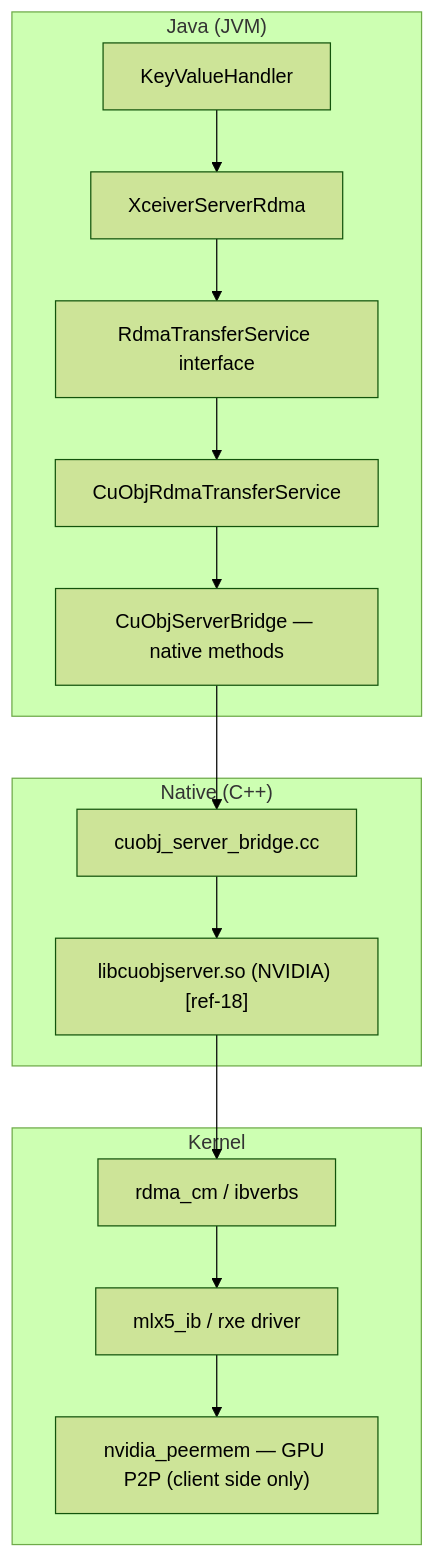
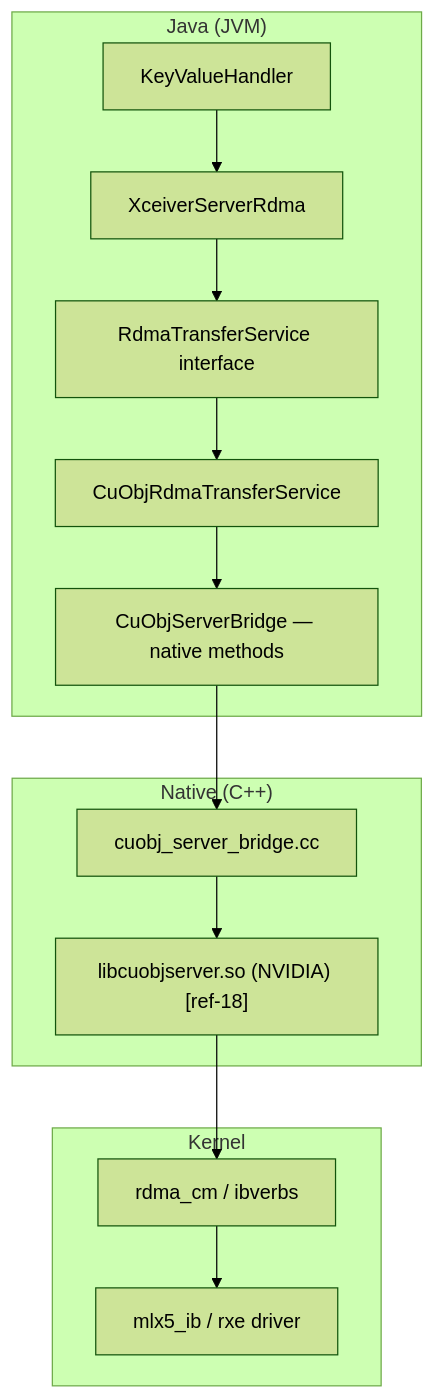
Before and after one commit to ptlrs/ozone: the tenth of 10 diagrams in docs/gds-dn-direct-rdma-implementation-spec.md, drawn with Mermaid (forest theme). The commit also changed other lines of this file and 1 other file, not shown here.

Commit message:
GPUDIRECT. Update GPUDirect Storage spec to v7.0 with dual-mode GPU/host-memory RDMA support, extended cloud deployment recommendations, and updated architectural flow diagrams

````diff
--- a/docs/gds-dn-direct-rdma-implementation-spec.md
+++ b/docs/gds-dn-direct-rdma-implementation-spec.md
@@ -3895,18 +1112,17 @@
 ```mermaid
 graph TD
   subgraph "Java (JVM)"
     A[KeyValueHandler] --> B[XceiverServerRdma]
     B --> C[RdmaTransferService interface]
     C --> D[CuObjRdmaTransferService]
     D --> E["CuObjServerBridge — native methods"]
   end
   subgraph "Native (C++)"
     E --> F[cuobj_server_bridge.cc]
     F --> G["libcuobjserver.so (NVIDIA) [ref-18]"]
   end
   subgraph "Kernel"
     G --> H[rdma_cm / ibverbs]
     H --> I[mlx5_ib / rxe driver]
-    I --> J["nvidia_peermem — GPU P2P (client side only)"]
   end
 ```
````
